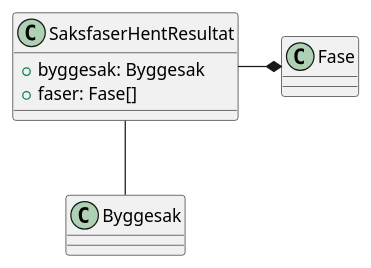
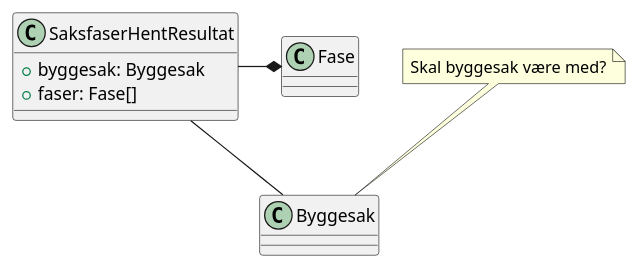
Before and after one commit to ks-no/fiks-saksfaser-specification: the diagram in Dokumentasjon/V1/ClassDiagrams/no.ks.fiks.saksfaser.v1.saksfaser.hent.resultat/classdiagram.pu, drawn with PlantUML. The commit also changed 14 other files, not shown here.

Commit message:
Utbedret diagrammer

```diff
--- a/Dokumentasjon/V1/ClassDiagrams/no.ks.fiks.saksfaser.v1.saksfaser.hent.resultat/classdiagram.pu
+++ b/Dokumentasjon/V1/ClassDiagrams/no.ks.fiks.saksfaser.v1.saksfaser.hent.resultat/classdiagram.pu
@@ -1,10 +1,13 @@
 @startuml
 class SaksfaserHentResultat {
     +byggesak: Byggesak
     +faser: Fase[]
 }
 
 SaksfaserHentResultat -- Byggesak
 SaksfaserHentResultat -* Fase
 
+note top of Byggesak : Skal byggesak være med?
+
+
 @enduml
```
